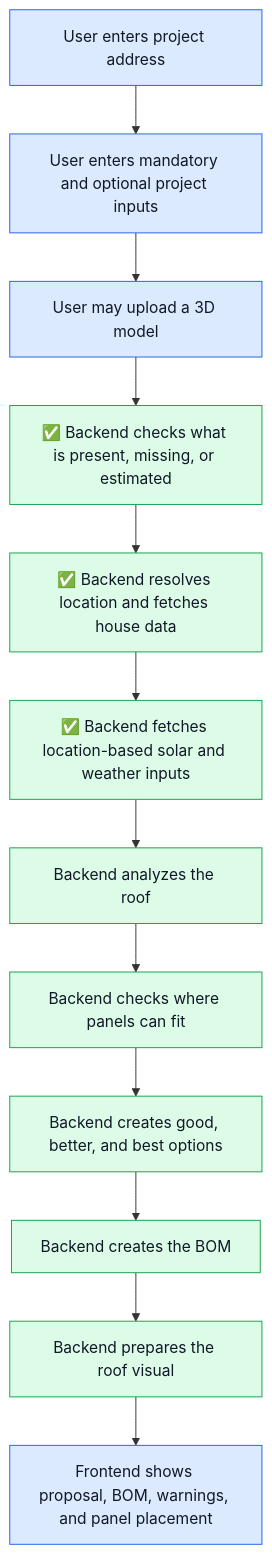
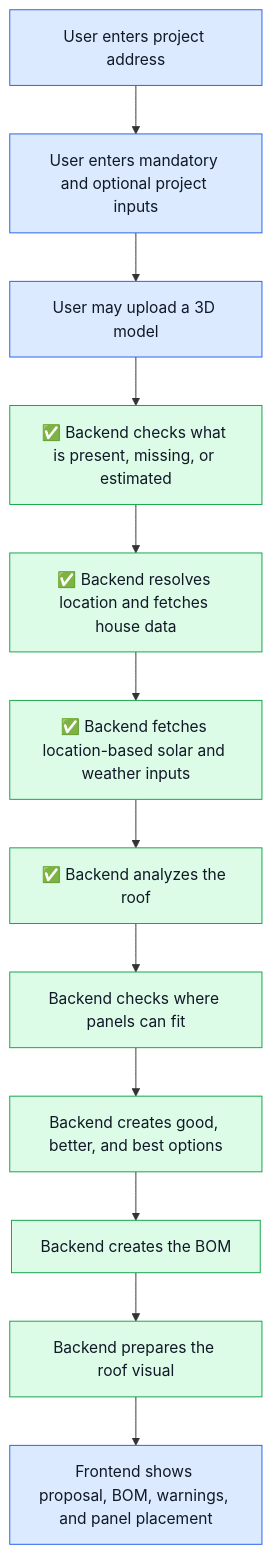
Before and after one commit to robinwettstaedt/roofee: the diagram in backend/README.md, drawn with Mermaid. The commit also changed other lines of this file and 9 other files, not shown here.

````diff
--- a/backend/README.md
+++ b/backend/README.md
@@ -9,21 +9,21 @@
 ```mermaid
 flowchart TD
     A["User enters project address"]
     A --> B["User enters mandatory and optional project inputs"]
     B --> C["User may upload a 3D model"]
     C --> D["✅ Backend checks what is present, missing, or estimated"]
     D --> E["✅ Backend resolves location and fetches house data"]
     E --> F["✅ Backend fetches location-based solar and weather inputs"]
-    F --> G["Backend analyzes the roof"]
+    F --> G["✅ Backend analyzes the roof"]
     G --> H["Backend checks where panels can fit"]
     H --> I["Backend creates good, better, and best options"]
     I --> J["Backend creates the BOM"]
     J --> K["Backend prepares the roof visual"]
     K --> L["Frontend shows proposal, BOM, warnings, and panel placement"]
 
     classDef frontend fill:#dbeafe,stroke:#2563eb,color:#111827
     classDef backend fill:#dcfce7,stroke:#16a34a,color:#111827
 
     class A,B,C,L frontend
     class D,E,F,G,H,I,J,K backend
 ```
````
